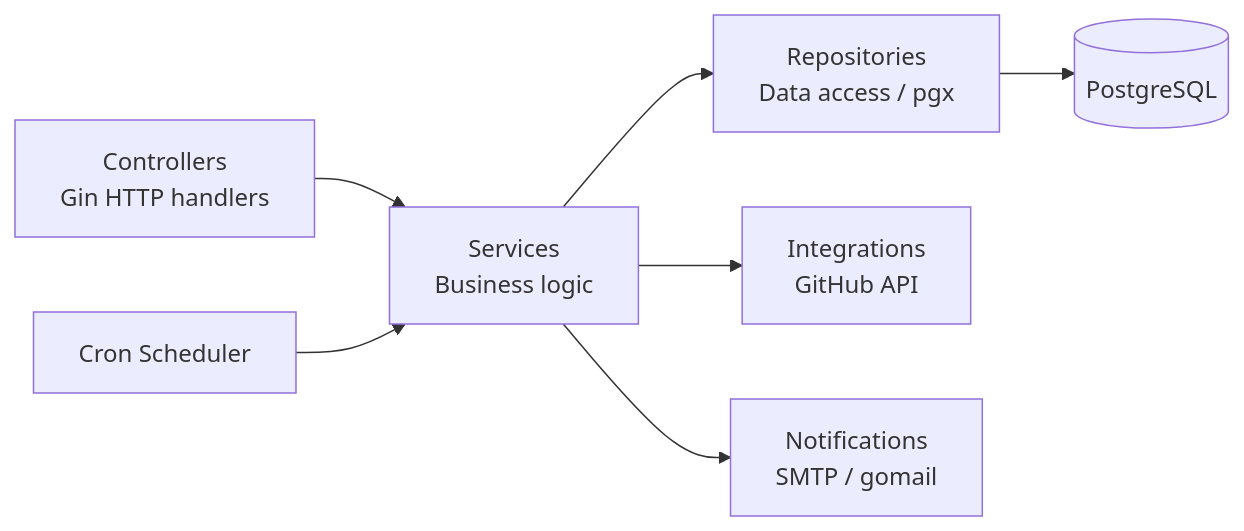
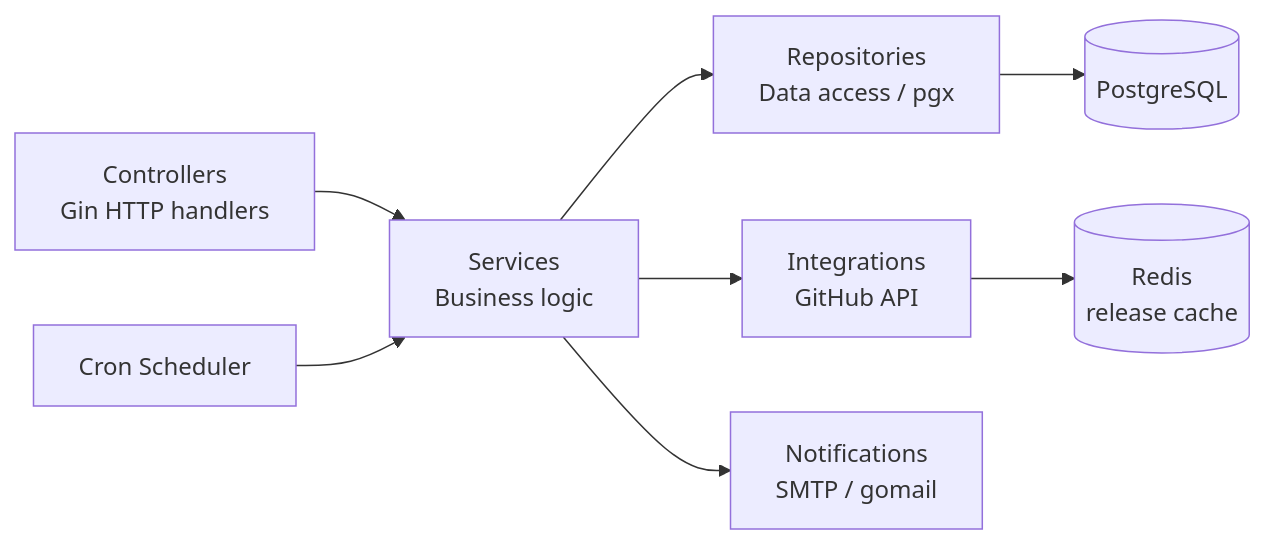
Before and after one commit to GenesisEducationKyiv/software-engineering-school-6-0-vanyatemno: the third of 3 diagrams in README.md, drawn with Mermaid. The commit also changed other lines of this file and 1 other file, not shown here.

````diff
--- a/README.md
+++ b/README.md
@@ -360,9 +417,10 @@
 ```mermaid
 graph LR
     A[Controllers<br/>Gin HTTP handlers] --> B[Services<br/>Business logic]
     B --> C[Repositories<br/>Data access / pgx]
     C --> D[(PostgreSQL)]
     B --> E[Integrations<br/>GitHub API]
+    E --> H[(Redis<br/>release cache)]
     B --> F[Notifications<br/>SMTP / gomail]
     G[Cron Scheduler] --> B
 ```
````
